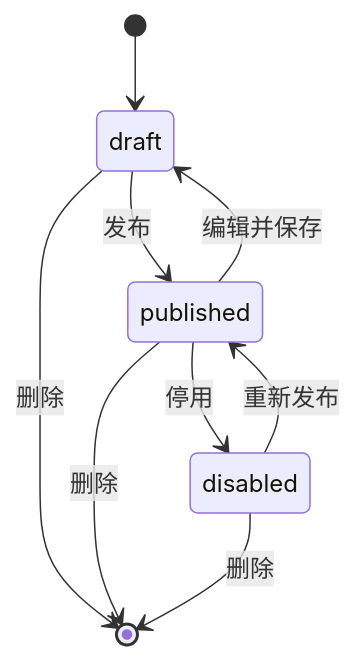
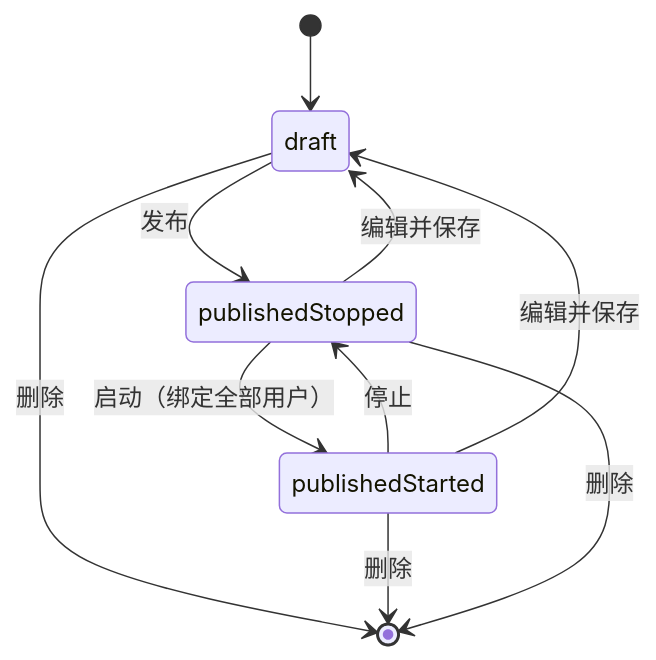
Before and after one commit to Huijie-Qin/claudecodeui: the first of 4 diagrams in docs/Hook需求设计方案.md, drawn with Mermaid. The commit also changed other lines of this file and 13 other files, not shown here.

```diff
--- a/docs/Hook需求设计方案.md
+++ b/docs/Hook需求设计方案.md
@@ -605,11 +646,12 @@
 ~~~mermaid
 stateDiagram-v2
   [*] --> draft
-  draft --> published: 发布
-  published --> draft: 编辑并保存
-  published --> disabled: 停用
-  disabled --> published: 重新发布
+  draft --> publishedStopped: 发布
+  publishedStopped --> publishedStarted: 启动（绑定全部用户）
+  publishedStarted --> publishedStopped: 停止
+  publishedStarted --> draft: 编辑并保存
+  publishedStopped --> draft: 编辑并保存
   draft --> [*]: 删除
-  published --> [*]: 删除
-  disabled --> [*]: 删除
+  publishedStarted --> [*]: 删除
+  publishedStopped --> [*]: 删除
 ~~~
```
